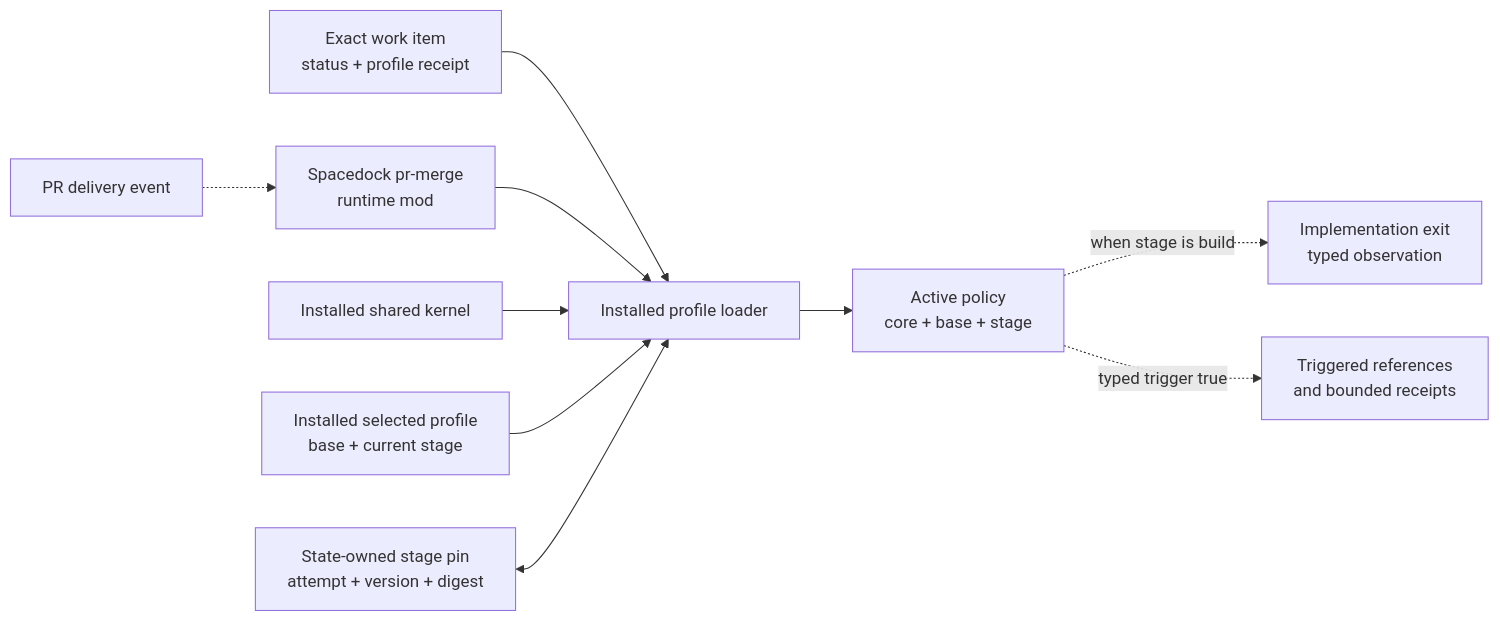
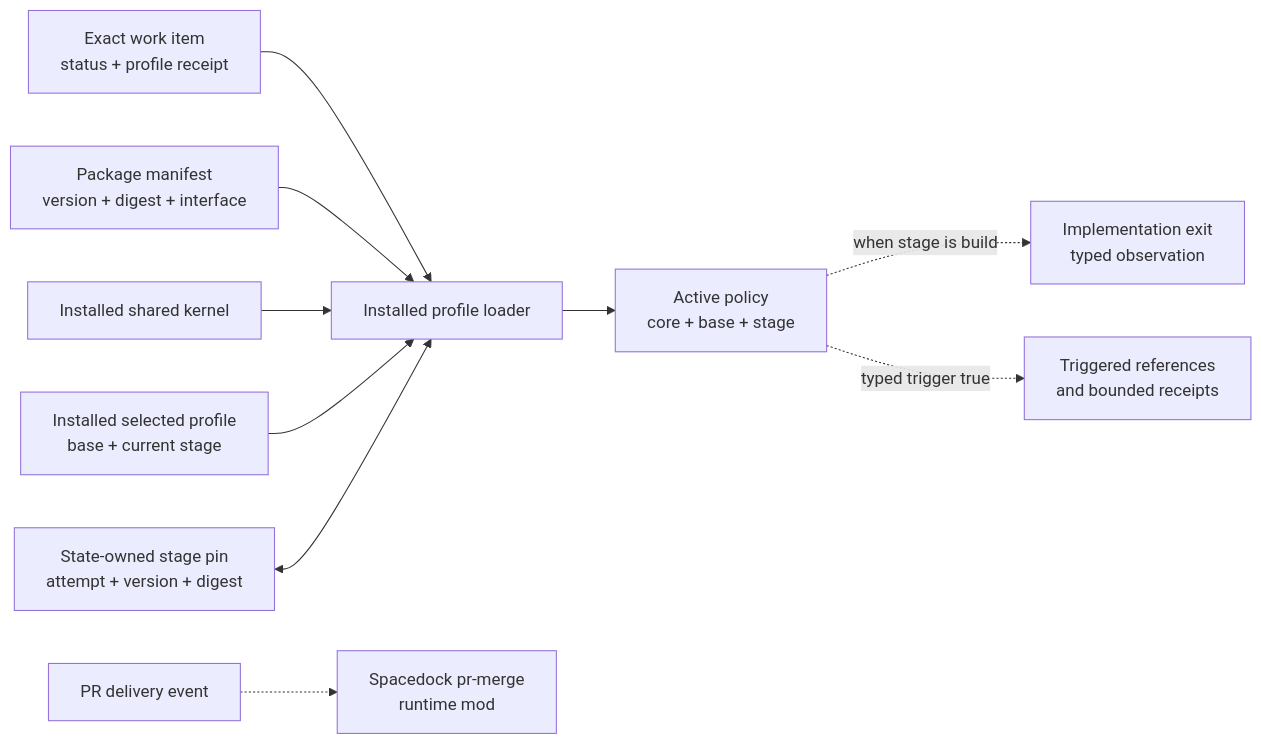
The first of 3 diagrams in ARCHITECTURE.md (iamcxa/kc-claude-plugins), drawn with Mermaid before and after one commit.

Commit message:
docs(kc-dev-flow): distinguish architecture nodes

````diff
--- a/ARCHITECTURE.md
+++ b/ARCHITECTURE.md
@@ -45,12 +45,12 @@
 ```mermaid
 flowchart LR
     W["Exact work item<br/>status + profile receipt"] --> L[Installed profile loader]
     M["Package manifest<br/>version + digest + interface"] --> L
     K["Installed shared kernel"] --> L
     P["Installed selected profile<br/>base + current stage"] --> L
     S["State-owned stage pin<br/>attempt + version + digest"] <--> L
     L --> C["Active policy<br/>core + base + stage"]
     C -. "when stage is build" .-> X["Implementation exit<br/>typed observation"]
     C -. "typed trigger true" .-> R["Triggered references<br/>and bounded receipts"]
-    D["PR delivery event"] -.-> M["Spacedock pr-merge<br/>runtime mod"]
+    D["PR delivery event"] -.-> RM["Spacedock pr-merge<br/>runtime mod"]
 ```
````
